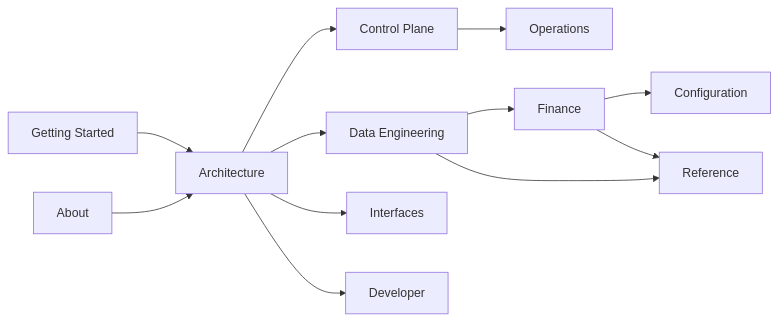
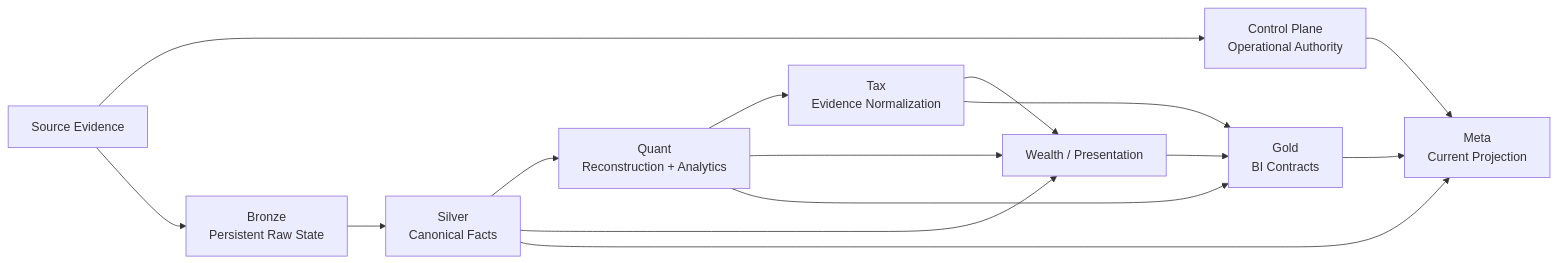
Before and after one commit to tks18/personal-finance-etl: the seventh of 8 diagrams in docs/README.md, drawn with Mermaid. The commit also changed other lines of this file, not shown here.

````diff
--- a/docs/README.md
+++ b/docs/README.md
@@ -50,14 +229,17 @@
 ```mermaid
 flowchart LR
-    START["Getting Started"] --> ARCH["Architecture"]
-    ARCH --> CP["Control Plane"]
-    ARCH --> DE["Data Engineering"]
-    DE --> FIN["Finance"]
-    FIN --> CFG["Configuration"]
-    DE --> REF["Reference"]
-    FIN --> REF
-    ARCH --> UI["Interfaces"]
-    CP --> OPS["Operations"]
-    ARCH --> DEV["Developer"]
-    ABOUT["About"] --> ARCH
+    SRC["Source Evidence"] --> CP["Control Plane<br/>Operational Authority"]
+    SRC --> BR["Bronze<br/>Persistent Raw State"]
+    BR --> SIL["Silver<br/>Canonical Facts"]
+    SIL --> Q["Quant<br/>Reconstruction + Analytics"]
+    Q --> TAX["Tax<br/>Evidence Normalization"]
+    SIL --> W["Wealth / Presentation"]
+    Q --> W
+    TAX --> W
+    Q --> GOLD["Gold<br/>BI Contracts"]
+    TAX --> GOLD
+    W --> GOLD
+    CP --> META["Meta<br/>Current Projection"]
+    SIL --> META
+    GOLD --> META
 ```
````
